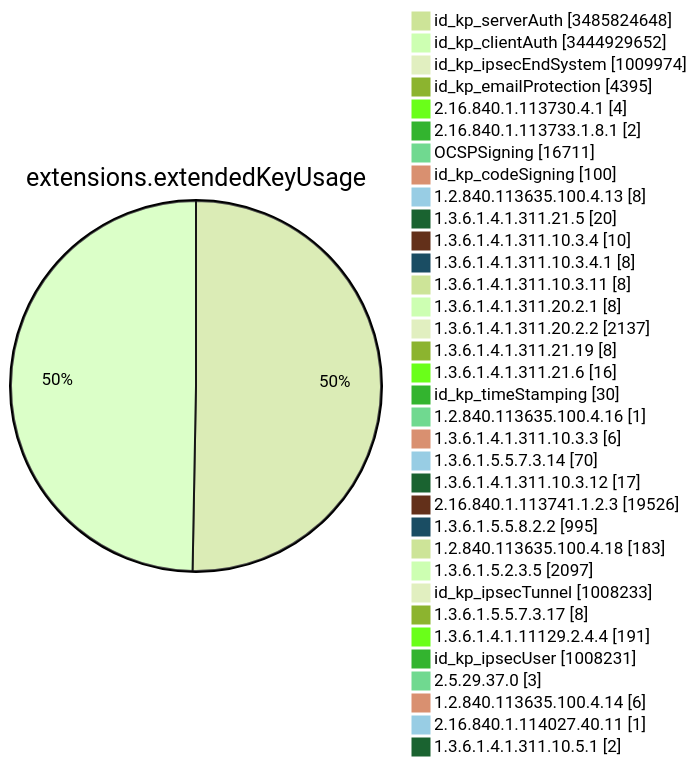
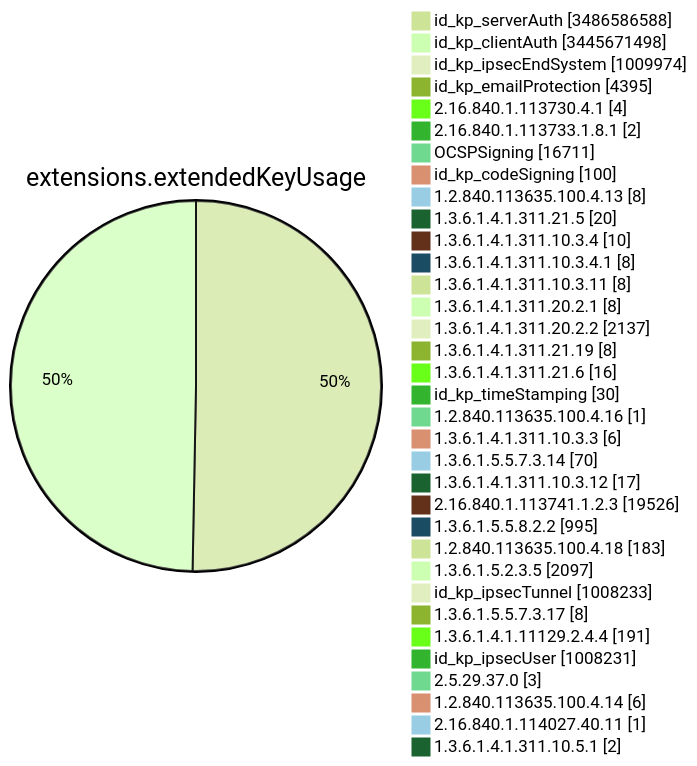
Before and after one commit to christiankrug/ctmonitor_visualization: diagram 11 of 15 in TOTAL/README.md, drawn with Mermaid (forest theme). The commit also changed other lines of this file, not shown here.

````diff
--- a/TOTAL/README.md
+++ b/TOTAL/README.md
@@ -4124,38 +4124,38 @@
 ```mermaid
 pie showData
 title extensions.extendedKeyUsage
-"id_kp_serverAuth" :3485824648
-"id_kp_clientAuth" :3444929652
+"id_kp_serverAuth" :3486586588
+"id_kp_clientAuth" :3445671498
 "id_kp_ipsecEndSystem" :1009974
 "id_kp_emailProtection" :4395
 "2.16.840.1.113730.4.1" :4
 "2.16.840.1.113733.1.8.1" :2
 "OCSPSigning" :16711
 "id_kp_codeSigning" :100
 "1.2.840.113635.100.4.13" :8
 "1.3.6.1.4.1.311.21.5" :20
 "1.3.6.1.4.1.311.10.3.4" :10
 "1.3.6.1.4.1.311.10.3.4.1" :8
 "1.3.6.1.4.1.311.10.3.11" :8
 "1.3.6.1.4.1.311.20.2.1" :8
 "1.3.6.1.4.1.311.20.2.2" :2137
 "1.3.6.1.4.1.311.21.19" :8
 "1.3.6.1.4.1.311.21.6" :16
 "id_kp_timeStamping" :30
 "1.2.840.113635.100.4.16" :1
 "1.3.6.1.4.1.311.10.3.3" :6
 "1.3.6.1.5.5.7.3.14" :70
 "1.3.6.1.4.1.311.10.3.12" :17
 "2.16.840.1.113741.1.2.3" :19526
 "1.3.6.1.5.5.8.2.2" :995
 "1.2.840.113635.100.4.18" :183
 "1.3.6.1.5.2.3.5" :2097
 "id_kp_ipsecTunnel" :1008233
 "1.3.6.1.5.5.7.3.17" :8
 "1.3.6.1.4.1.11129.2.4.4" :191
 "id_kp_ipsecUser" :1008231
 "2.5.29.37.0" :3
 "1.2.840.113635.100.4.14" :6
 "2.16.840.1.114027.40.11" :1
 "1.3.6.1.4.1.311.10.5.1" :2
 ```
````
